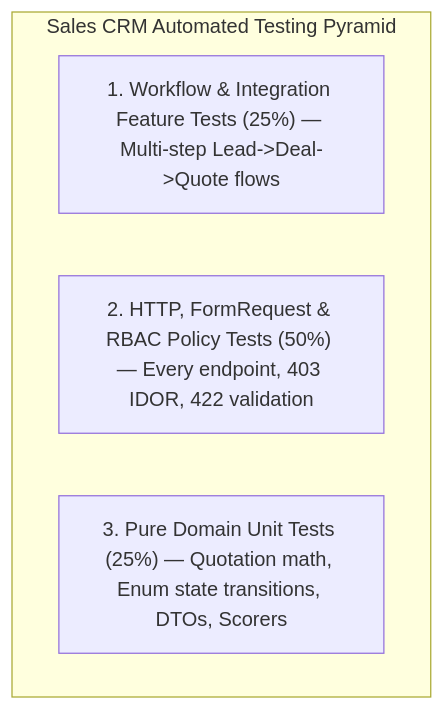
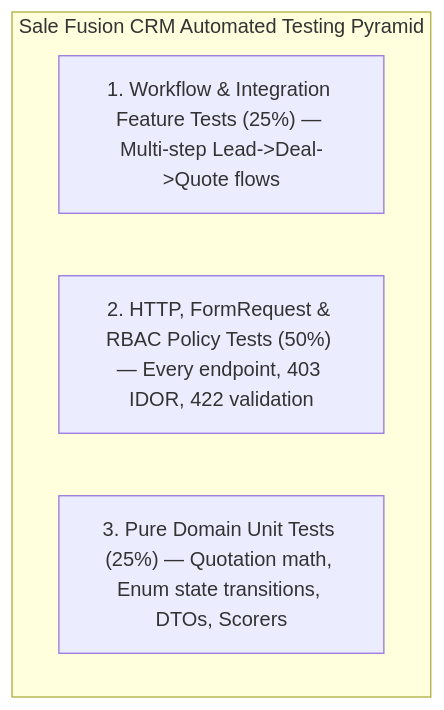
One commit to Shraban-7/sales-crm changed the diagram in docs/testing/testing-strategy.md. Above: the diagram before and after it, drawn with Mermaid. The commit also changed other lines of this file and 101 other files, not shown here.

````diff
--- a/docs/testing/testing-strategy.md
+++ b/docs/testing/testing-strategy.md
@@ -11,8 +11,8 @@
 ```mermaid
 flowchart TB
-    subgraph Pyramid["Sales CRM Automated Testing Pyramid"]
+    subgraph Pyramid["Sale Fusion CRM Automated Testing Pyramid"]
         E2E["1. Workflow & Integration Feature Tests (25%) — Multi-step Lead->Deal->Quote flows"]
         HTTP["2. HTTP, FormRequest & RBAC Policy Tests (50%) — Every endpoint, 403 IDOR, 422 validation"]
         UNIT["3. Pure Domain Unit Tests (25%) — Quotation math, Enum state transitions, DTOs, Scorers"]
     end
 ```
````
